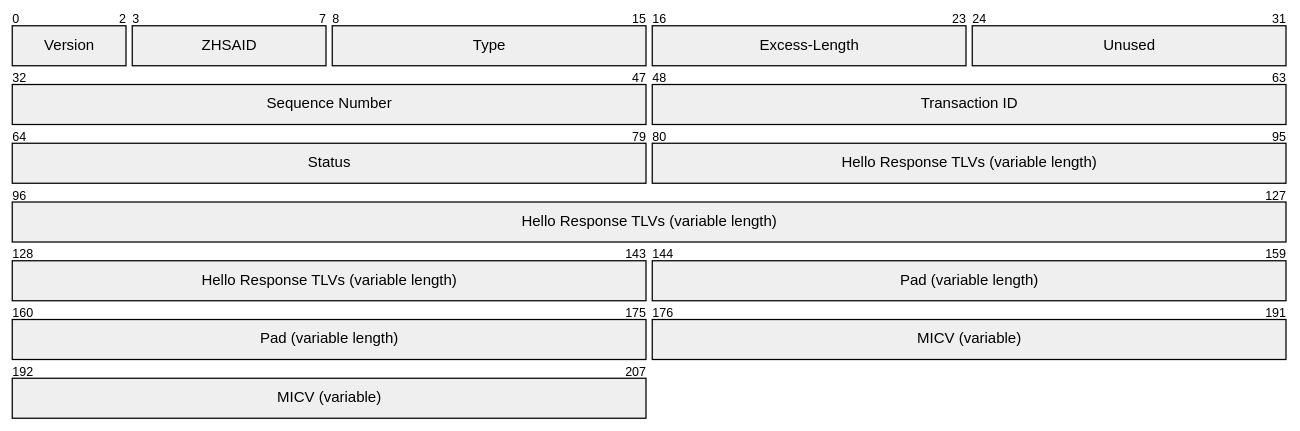
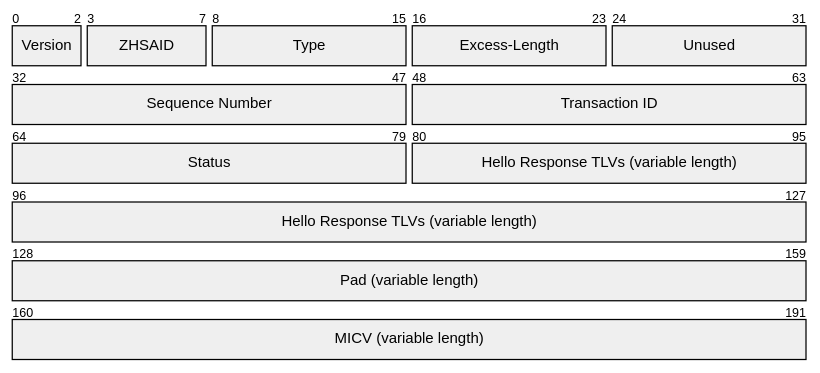
Before and after one commit to org-zpr/zpr-rfcs: diagram 16 of 44 in src/17-ZPR-Data-Protocol/body.md, drawn with Mermaid. The commit also changed other lines of this file, not shown here.

Commit message:
Make packet diagrams a readable size

````diff
--- a/src/17-ZPR-Data-Protocol/body.md
+++ b/src/17-ZPR-Data-Protocol/body.md
@@ -2665,15 +2705,21 @@
 ``` mermaid
+---
+config:
+  themeCSS: ".packetLabel { font-size: 14px } .packetByte { font-size: 11px }"
+  packet:
+    bitWidth: 20
+---
 %%| fig-cap: Hello Response Format
 packet
 +3: "Version"
 +5: "ZHSAID"
 +8: "Type"
 +8: "Excess-Length"
 +8: "Unused"
 +16: "Sequence Number"
 +16: "Transaction ID"
 +16: "Status"
-+64: "Hello Response TLVs (variable length)"
++48: "Hello Response TLVs (variable length)"
 +32: "Pad (variable length)"
-+32: "MICV (variable)"
++32: "MICV (variable length)"
 ```
````
